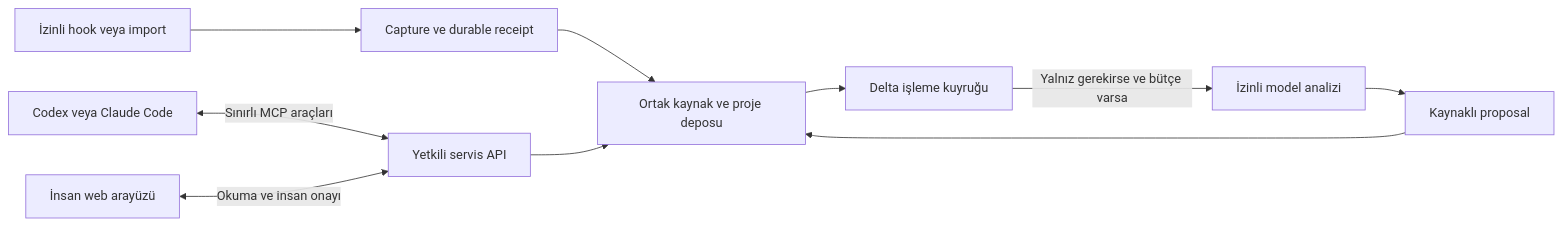
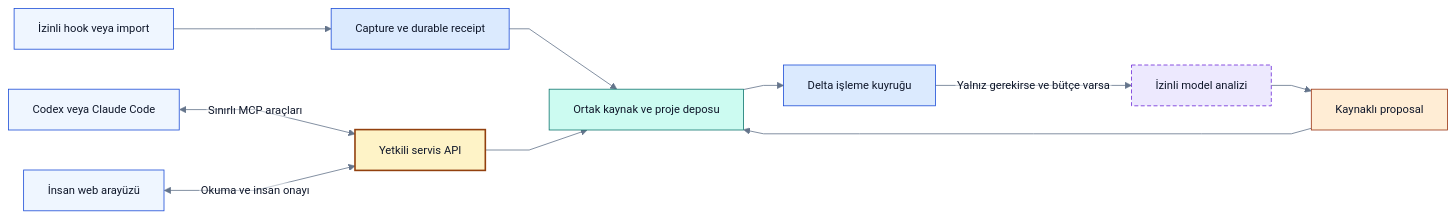
Before and after one commit to alphanAkbulut/decivora: the diagram in docs/architecture/connection-and-context.md, drawn with Mermaid. The commit also changed other lines of this file and 21 other files, not shown here.

Commit message:
Refresh all Mermaid diagrams, clarify decision states and document rendering evidence

````diff
--- a/docs/architecture/connection-and-context.md
+++ b/docs/architecture/connection-and-context.md
@@ -15,12 +18,27 @@
 ```mermaid
+%%{init: {"theme":"base","themeVariables":{"fontFamily":"Arial, sans-serif","fontSize":"14px","primaryColor":"#eff6ff","primaryTextColor":"#0f172a","primaryBorderColor":"#1d4ed8","lineColor":"#64748b","secondaryColor":"#ccfbf1","tertiaryColor":"#f1f5f9","background":"#ffffff","mainBkg":"#eff6ff","textColor":"#0f172a","clusterBkg":"#f8fafc","clusterBorder":"#94a3b8","edgeLabelBackground":"#ffffff","actorBkg":"#eff6ff","actorTextColor":"#0f172a","actorBorder":"#1d4ed8","signalColor":"#64748b","signalTextColor":"#0f172a","noteBkgColor":"#fef3c7","noteTextColor":"#0f172a","noteBorderColor":"#92400e"},"flowchart":{"htmlLabels":false,"curve":"linear"},"sequence":{"wrap":true},"themeCSS":"background-color:#ffffff;"}}%%
 flowchart LR
+    accTitle: Capture, MCP ve insan UI sınırları
+    accDescr: Önerilen tasarım veya açıkça belirtilen sentetik örnek. Renkler alan ve kontrol türünü gösterir; implemented veya passed kanıtı değildir. Yetki, revision ve coverage sınırları korunur.
     H[İzinli hook veya import] --> C[Capture ve durable receipt]
     AG[Codex veya Claude Code] <-->|Sınırlı MCP araçları| API[Yetkili servis API]
     U[İnsan web arayüzü] <-->|Okuma ve insan onayı| API
     C --> DB[Ortak kaynak ve proje deposu]
     API --> DB
     DB --> JOB[Delta işleme kuyruğu]
     JOB -->|Yalnız gerekirse ve bütçe varsa| LLM[İzinli model analizi]
     LLM --> P[Kaynaklı proposal]
     P --> DB
+    classDef source fill:#eff6ff,stroke:#1d4ed8,color:#0f172a
+    classDef process fill:#dbeafe,stroke:#1d4ed8,color:#0f172a
+    classDef gate fill:#fef3c7,stroke:#92400e,color:#0f172a,stroke-width:2px
+    classDef store fill:#ccfbf1,stroke:#0f766e,color:#0f172a
+    classDef future fill:#ede9fe,stroke:#6d28d9,color:#0f172a,stroke-dasharray:5 3
+    classDef warning fill:#ffedd5,stroke:#9a3412,color:#0f172a
+    class H,AG,U source
+    class C,JOB process
+    class API gate
+    class DB store
+    class LLM future
+    class P warning
 ```
````
